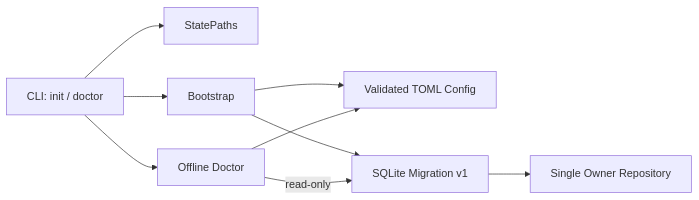
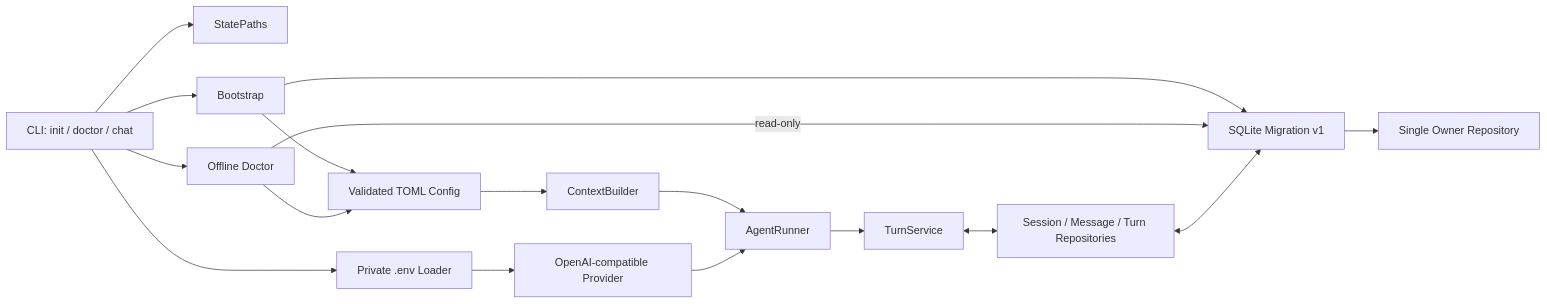
Before and after one commit to NEDONION/lobster0: the first of 4 diagrams in docs/architecture/20260807_系统架构.md, drawn with Mermaid. The commit also changed other lines of this file and 9 other files, not shown here.

Commit message:
feat: complete cli agent loop

````diff
--- a/docs/architecture/20260807_系统架构.md
+++ b/docs/architecture/20260807_系统架构.md
@@ -7,11 +7,19 @@
 ```mermaid
 flowchart LR
-    CLI["CLI: init / doctor"] --> PATHS["StatePaths"]
+    CLI["CLI: init / doctor / chat"] --> PATHS["StatePaths"]
     CLI --> BOOTSTRAP["Bootstrap"]
     BOOTSTRAP --> CONFIG["Validated TOML Config"]
     BOOTSTRAP --> MIGRATION["SQLite Migration v1"]
     MIGRATION --> OWNER["Single Owner Repository"]
     CLI --> DOCTOR["Offline Doctor"]
     DOCTOR --> CONFIG
     DOCTOR -->|"read-only"| MIGRATION
+    CLI --> ENV["Private .env Loader"]
+    ENV --> PROVIDER["OpenAI-compatible Provider"]
+    CONFIG --> CONTEXT["ContextBuilder"]
+    CONTEXT --> RUNNER["AgentRunner"]
+    PROVIDER --> RUNNER
+    RUNNER --> TURN["TurnService"]
+    TURN <--> CONVERSATION["Session / Message / Turn Repositories"]
+    CONVERSATION <--> MIGRATION
 ```
````
